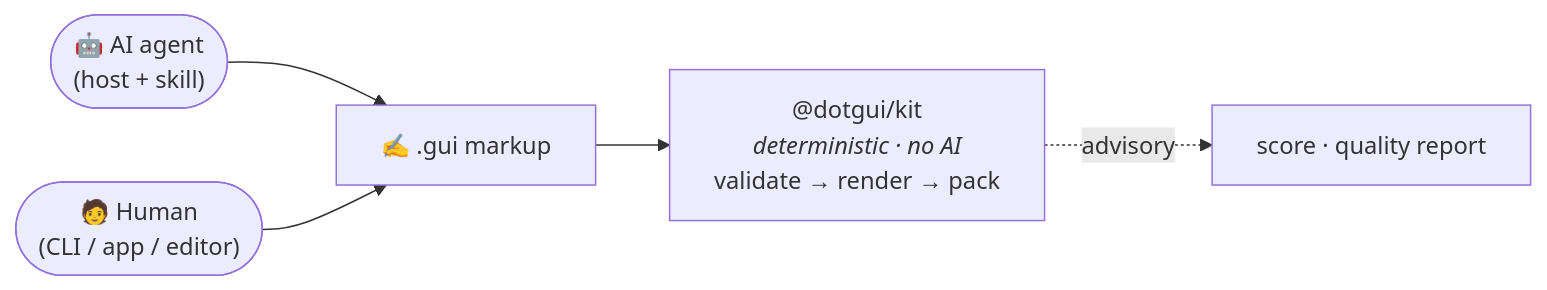
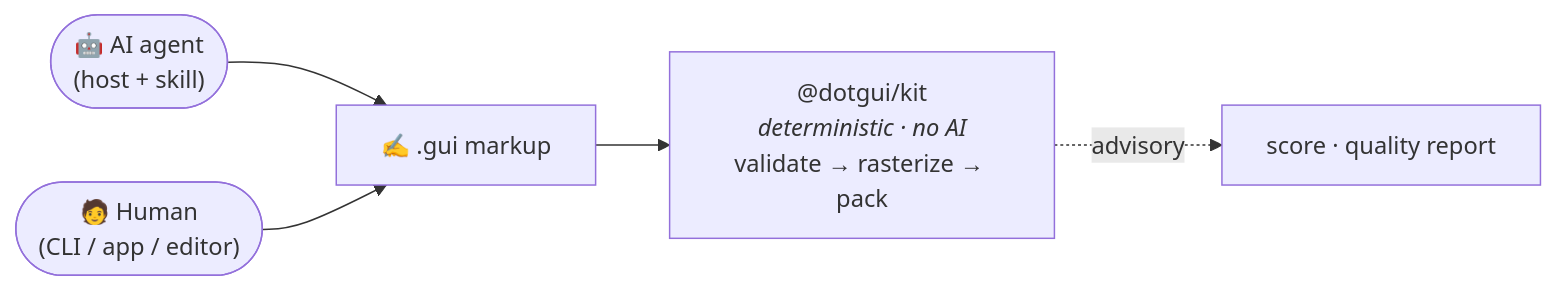
The second of 2 diagrams in README.md (dotgui/kit), drawn with Mermaid before and after one commit. The commit also changed other lines of this file and 10 other files, not shown here.

````diff
--- a/README.md
+++ b/README.md
@@ -164,7 +164,7 @@
 ```mermaid
 flowchart LR
     AI(["🤖 AI agent<br/>(host + skill)"]) --> M["✍️ .gui markup"]
     H(["🧑 Human<br/>(CLI / app / editor)"]) --> M
-    M --> K["@dotgui/kit<br/><i>deterministic · no AI</i><br/>validate → render → pack"]
+    M --> K["@dotgui/kit<br/><i>deterministic · no AI</i><br/>validate → rasterize → pack"]
     K -.->|"advisory"| S["score · quality report"]
 ```
````
